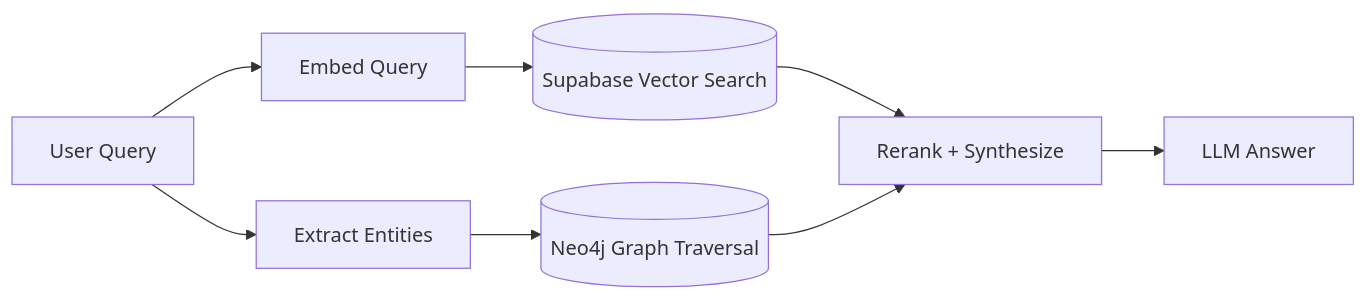
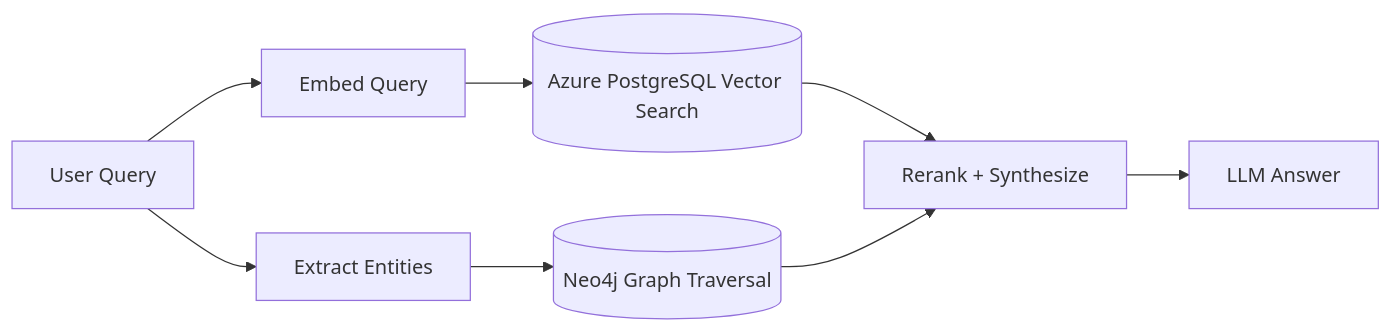
One commit to Myash21/LexiGraph changed the third of 3 diagrams in README.md. Above: the diagram before and after it, drawn with Mermaid. The commit also changed other lines of this file and 1 other file, not shown here.

````diff
--- a/README.md
+++ b/README.md
@@ -71,10 +72,10 @@
 ```mermaid
 flowchart LR
     A[User Query] --> B[Embed Query]
     A --> C[Extract Entities]
-    B --> D[(Supabase Vector Search)]
+    B --> D[(Azure PostgreSQL Vector Search)]
     C --> E[(Neo4j Graph Traversal)]
     D --> F[Rerank + Synthesize]
     E --> F
     F --> G[LLM Answer]
 ```
````
